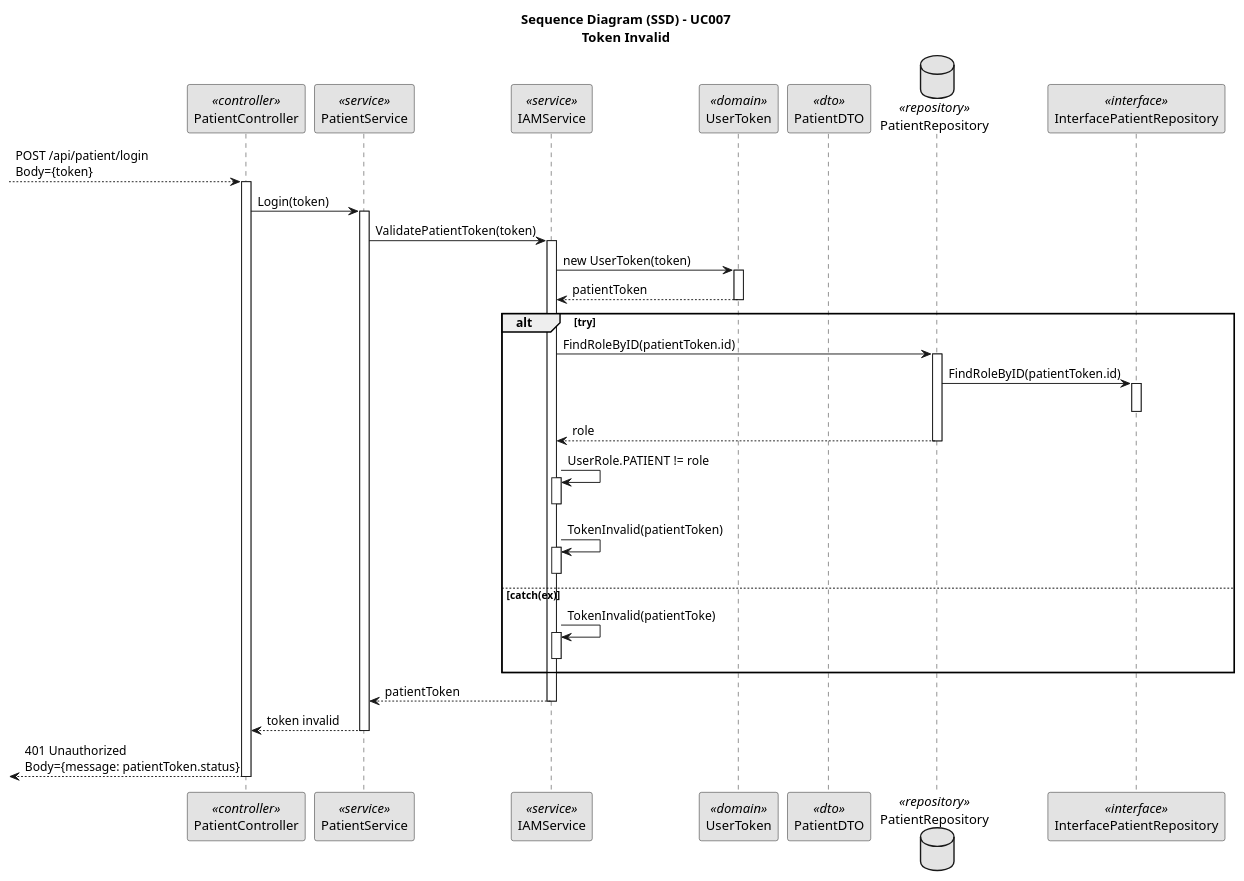
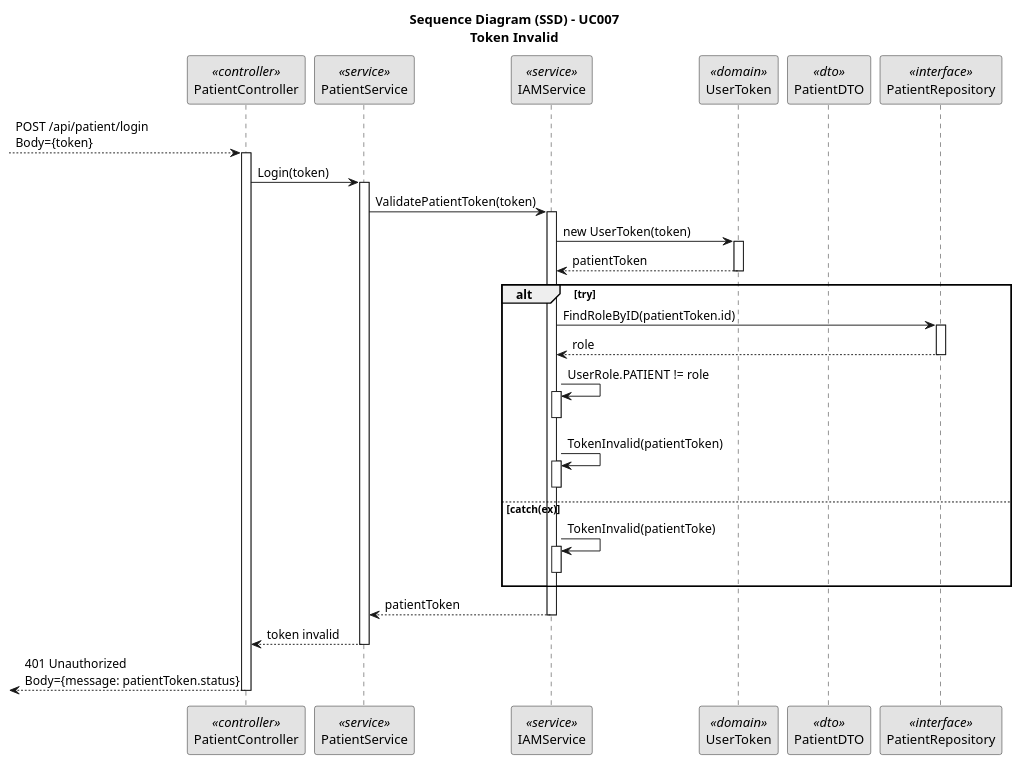
The diagram in docs/SprintA/UseCases/UC007/03.design/puml/uc007-sequence-diagram_token-invalid.puml (1221124/sem5pi-24-25-g031), drawn with PlantUML before and after one commit. The commit also changed 50 other files, not shown here.

```diff
--- a/docs/SprintA/UseCases/UC007/03.design/puml/uc007-sequence-diagram_token-invalid.puml
+++ b/docs/SprintA/UseCases/UC007/03.design/puml/uc007-sequence-diagram_token-invalid.puml
@@ -1,63 +1,57 @@
 @startuml "uc007-sequence-diagram_token-invalid"
 skinparam monochrome true
 skinparam packageStyle rectangle
 skinparam shadowing false
 
 title Sequence Diagram (SSD) - UC007\nToken Invalid
 
 participant PatientController as Controller <<controller>>
 participant PatientService as Service <<service>>
 participant IAMService as IAM <<service>>
 participant UserToken as Token <<domain>>
 participant PatientDTO as DTO <<dto>>
-database PatientRepository as Repository <<repository>>
-participant InterfacePatientRepository as Interface <<interface>>
+participant PatientRepository as Repository <<interface>>
 
 --> Controller: POST /api/patient/login\nBody={token}
     activate Controller
         Controller -> Service: Login(token)
         activate Service
 
             Service -> IAM: ValidatePatientToken(token)
             activate IAM
 
             IAM -> Token: new UserToken(token)
             activate Token
                 Token --> IAM: patientToken
                 deactivate Token
 
                 alt try
                 IAM -> Repository: FindRoleByID(patientToken.id)
                 activate Repository
-                
-                    Repository -> Interface: FindRoleByID(patientToken.id)
-                    activate Interface
-                        deactivate Interface
-
                     Repository --> IAM: role
                     deactivate Repository
 
                 IAM -> IAM: UserRole.PATIENT != role
                 activate IAM
                     deactivate IAM
 
                 IAM -> IAM: TokenInvalid(patientToken)
                 activate IAM
                     deactivate IAM
 
                 else catch(ex)
 
                 IAM -> IAM: TokenInvalid(patientToke)
                 activate IAM
                     deactivate IAM
                 
                 end
 
                 IAM --> Service: patientToken
                 deactivate IAM
                 
             Service --> Controller : token invalid
             deactivate Service
         <-- Controller: 401 Unauthorized\nBody={message: patientToken.status}
         deactivate Controller
 @endumld
```
